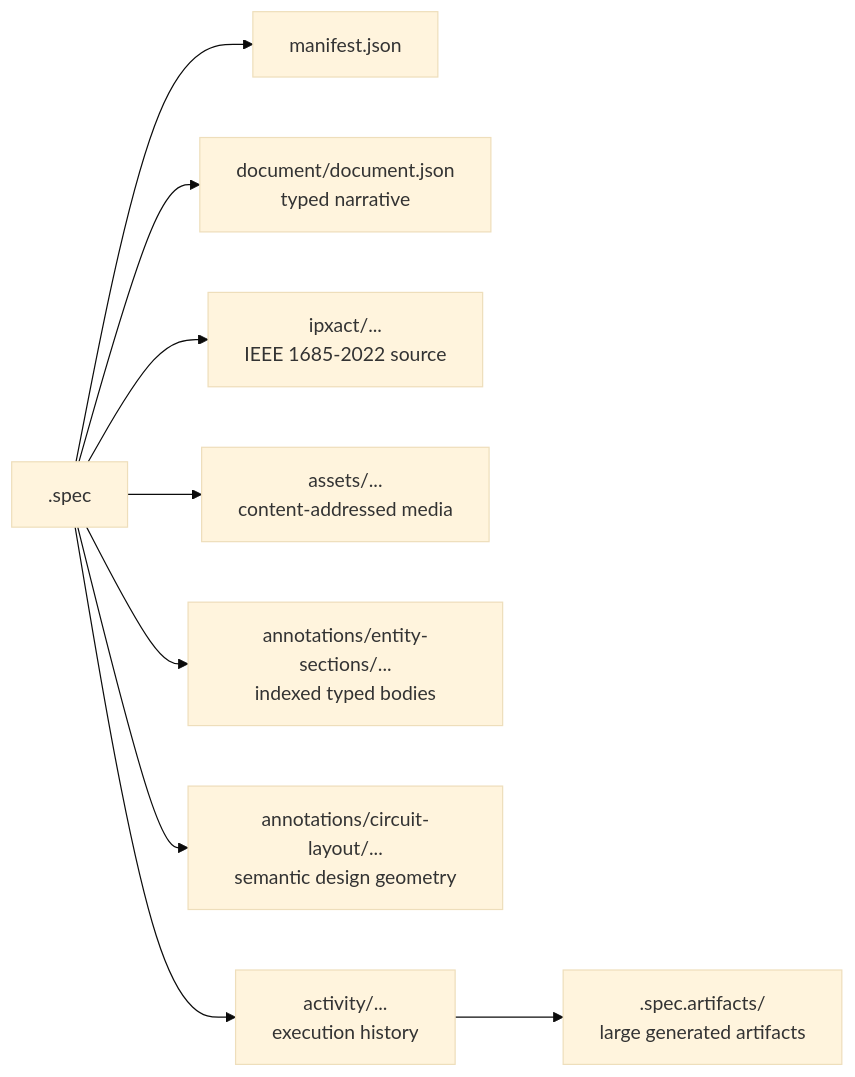
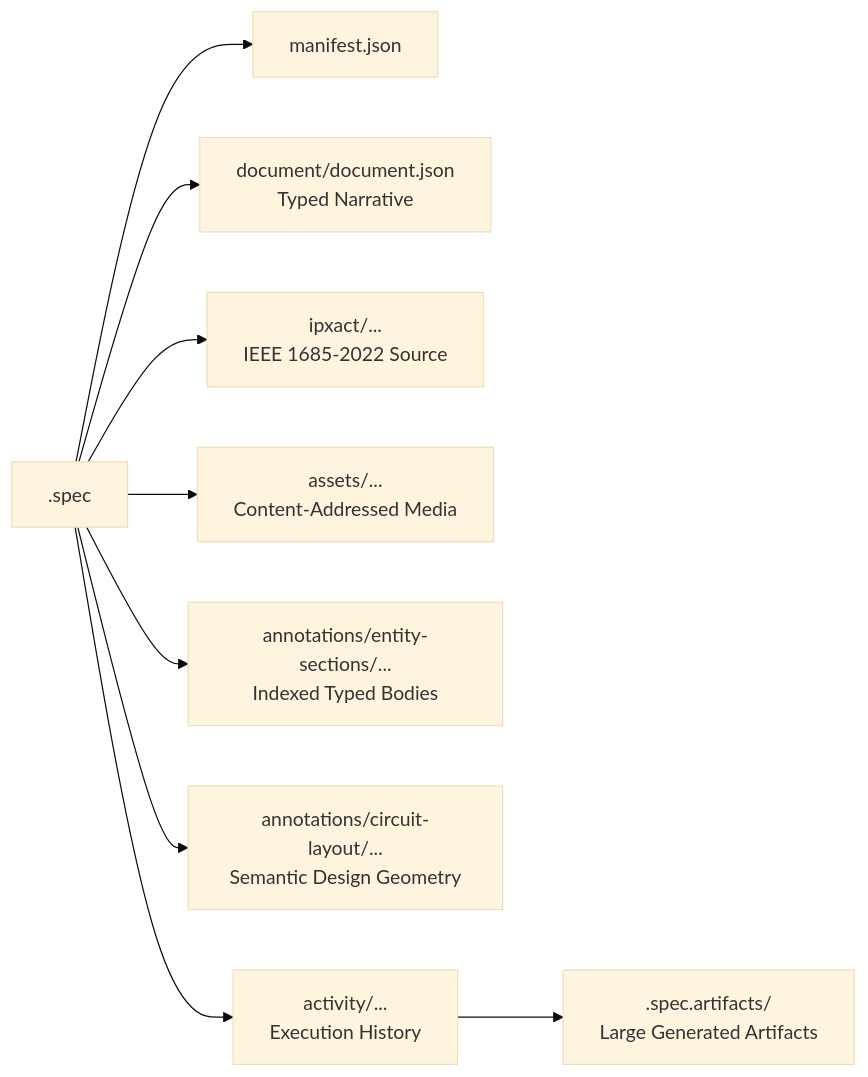
One commit to ankdesh/spec2gds changed the second of 3 diagrams in docs/architecture.md. Above: the diagram before and after it, drawn with Mermaid (base theme). The commit also changed other lines of this file and 73 other files, not shown here.

````diff
--- a/docs/architecture.md
+++ b/docs/architecture.md
@@ -73,11 +82,11 @@
 ```mermaid
 flowchart LR
     P[".spec"] --> M["manifest.json"]
-    P --> N["document/document.json<br/>typed narrative"]
-    P --> X["ipxact/...<br/>IEEE 1685-2022 source"]
-    P --> A["assets/...<br/>content-addressed media"]
-    P --> E["annotations/entity-sections/...<br/>indexed typed bodies"]
-    P --> C["annotations/circuit-layout/...<br/>semantic design geometry"]
-    P --> H["activity/...<br/>execution history"]
-    H --> S[".spec.artifacts/<br/>large generated artifacts"]
+    P --> N["document/document.json<br/>Typed Narrative"]
+    P --> X["ipxact/...<br/>IEEE 1685-2022 Source"]
+    P --> A["assets/...<br/>Content-Addressed Media"]
+    P --> E["annotations/entity-sections/...<br/>Indexed Typed Bodies"]
+    P --> C["annotations/circuit-layout/...<br/>Semantic Design Geometry"]
+    P --> H["activity/...<br/>Execution History"]
+    H --> S[".spec.artifacts/<br/>Large Generated Artifacts"]
 ```
````
